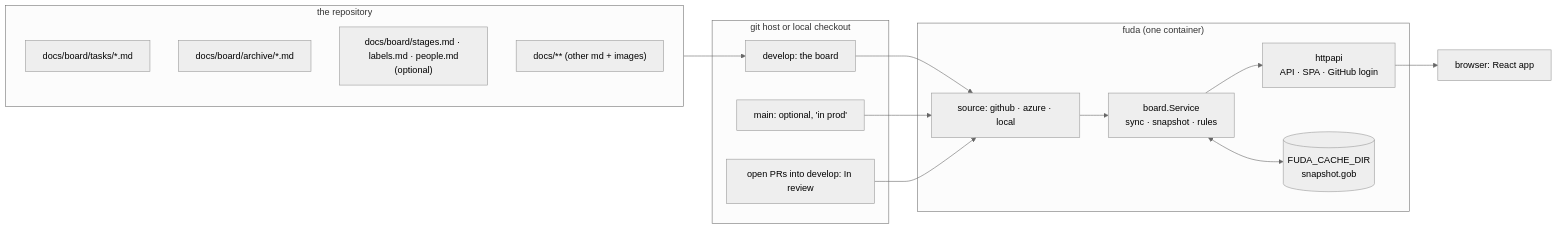
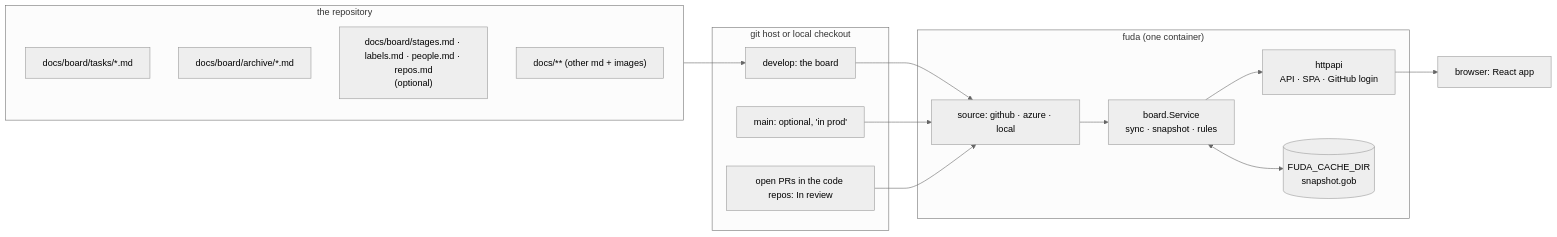
The first of 6 diagrams in docs/architecture.md (milos-sikic-nimbus-tech/fuda), drawn with Mermaid (neutral theme) before and after one commit. The commit also changed other lines of this file and 28 other files, not shown here.

First line of the commit message:
Put Tasks In review when an open PR in a code repository names them

````diff
--- a/docs/architecture.md
+++ b/docs/architecture.md
@@ -16,28 +16,28 @@
 ```mermaid
 flowchart LR
   subgraph repo["the repository"]
     T["docs/board/tasks/*.md"]
     A["docs/board/archive/*.md"]
-    C["docs/board/stages.md · labels.md · people.md<br/>(optional)"]
+    C["docs/board/stages.md · labels.md · people.md · repos.md<br/>(optional)"]
     D["docs/** (other md + images)"]
   end
   subgraph host["git host or local checkout"]
     DEV["develop: the board"]
     MAIN["main: optional, 'in prod'"]
-    PR["open PRs into develop: In review"]
+    PR["open PRs in the code repos: In review"]
   end
   subgraph fuda["fuda (one container)"]
     SRC["source: github · azure · local"]
     SVC["board.Service<br/>sync · snapshot · rules"]
     HTTP["httpapi<br/>API · SPA · GitHub login"]
     DISK[("FUDA_CACHE_DIR<br/>snapshot.gob")]
   end
   UI["browser: React app"]
   repo --> DEV
   DEV --> SRC
   MAIN --> SRC
   PR --> SRC
   SRC --> SVC
   SVC <--> DISK
   SVC --> HTTP --> UI
 ```
````
